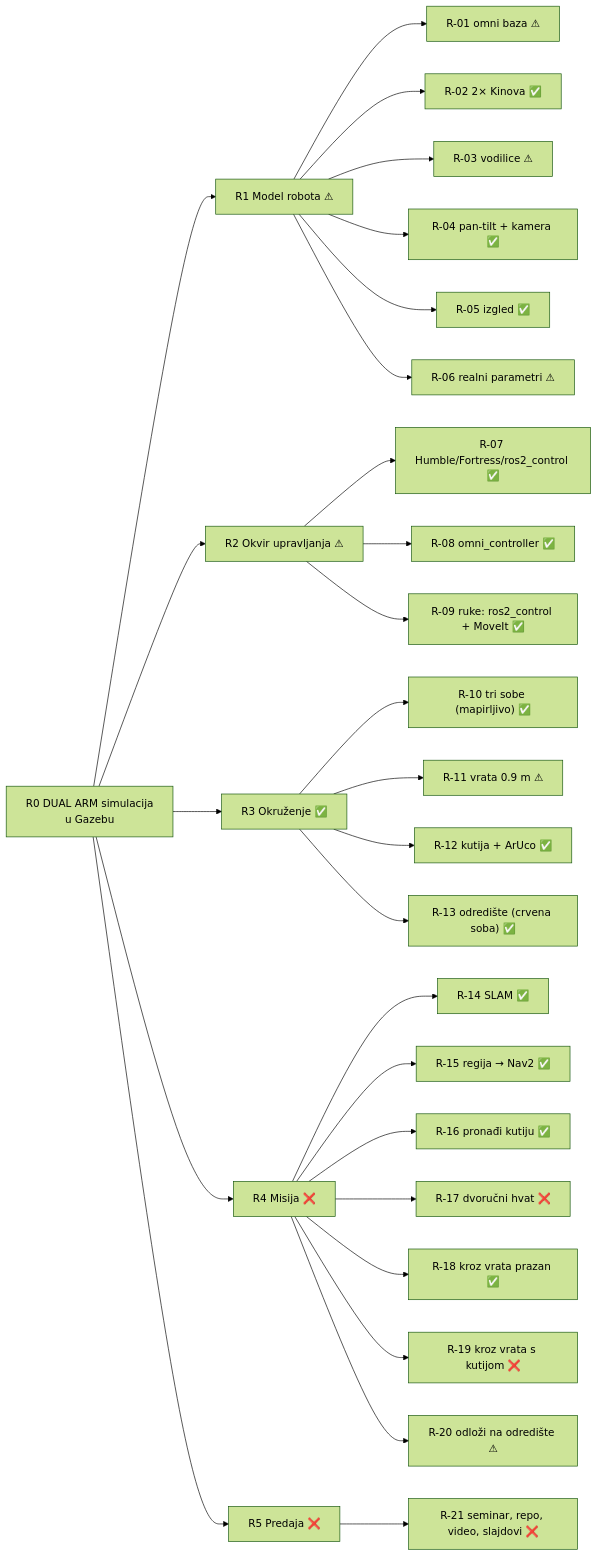
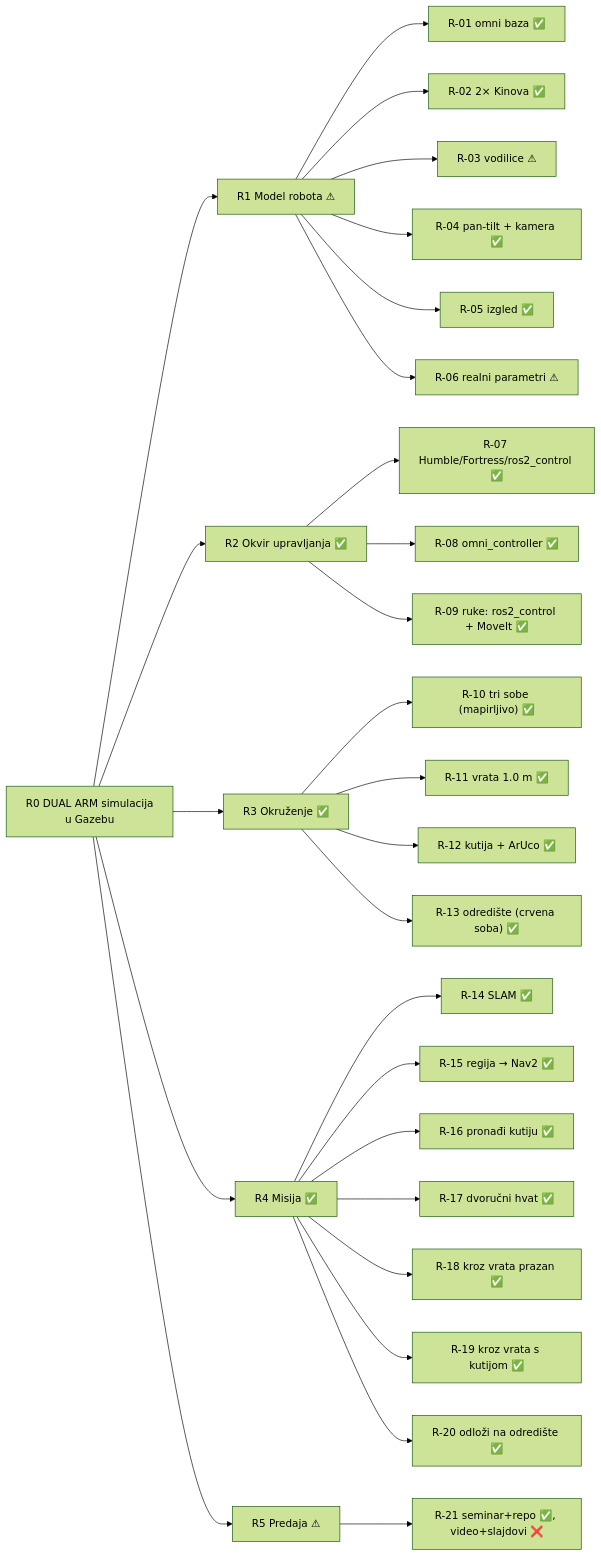
Before and after one commit to KxHartl/PAS-DUAL-ARM: the diagram in notes/00_MAPA.md, drawn with Mermaid (forest theme). The commit also changed other lines of this file and 147 other files, not shown here.

````diff
--- a/notes/00_MAPA.md
+++ b/notes/00_MAPA.md
@@ -57,14 +75,14 @@
 ```mermaid
 flowchart LR
   R0["R0 DUAL ARM simulacija<br/>u Gazebu"]
   R0 --> G1["R1 Model robota ⚠"]
-  R0 --> G2["R2 Okvir upravljanja ⚠"]
+  R0 --> G2["R2 Okvir upravljanja ✅"]
   R0 --> G3["R3 Okruženje ✅"]
-  R0 --> G4["R4 Misija ❌"]
-  R0 --> G5["R5 Predaja ❌"]
-  G1 --> R01["R-01 omni baza ⚠"] & R02["R-02 2× Kinova ✅"] & R03["R-03 vodilice ⚠"] & R04["R-04 pan-tilt + kamera ✅"] & R05["R-05 izgled ✅"] & R06["R-06 realni parametri ⚠"]
+  R0 --> G4["R4 Misija ✅"]
+  R0 --> G5["R5 Predaja ⚠"]
+  G1 --> R01["R-01 omni baza ✅"] & R02["R-02 2× Kinova ✅"] & R03["R-03 vodilice ⚠"] & R04["R-04 pan-tilt + kamera ✅"] & R05["R-05 izgled ✅"] & R06["R-06 realni parametri ⚠"]
   G2 --> R07["R-07 Humble/Fortress/ros2_control ✅"] & R08["R-08 omni_controller ✅"] & R09["R-09 ruke: ros2_control + MoveIt ✅"]
-  G3 --> R10["R-10 tri sobe (mapirljivo) ✅"] & R11["R-11 vrata 0.9 m ⚠"] & R12["R-12 kutija + ArUco ✅"] & R13["R-13 odredište (crvena soba) ✅"]
-  G4 --> R14["R-14 SLAM ✅"] & R15["R-15 regija → Nav2 ✅"] & R16["R-16 pronađi kutiju ✅"] & R17["R-17 dvoručni hvat ❌"] & R18["R-18 kroz vrata prazan ✅"] & R19["R-19 kroz vrata s kutijom ❌"] & R20["R-20 odloži na odredište ⚠"]
-  G5 --> R21["R-21 seminar, repo, video, slajdovi ❌"]
+  G3 --> R10["R-10 tri sobe (mapirljivo) ✅"] & R11["R-11 vrata 1.0 m ✅"] & R12["R-12 kutija + ArUco ✅"] & R13["R-13 odredište (crvena soba) ✅"]
+  G4 --> R14["R-14 SLAM ✅"] & R15["R-15 regija → Nav2 ✅"] & R16["R-16 pronađi kutiju ✅"] & R17["R-17 dvoručni hvat ✅"] & R18["R-18 kroz vrata prazan ✅"] & R19["R-19 kroz vrata s kutijom ✅"] & R20["R-20 odloži na odredište ✅"]
+  G5 --> R21["R-21 seminar+repo ✅, video+slajdovi ❌"]
 ```
````
